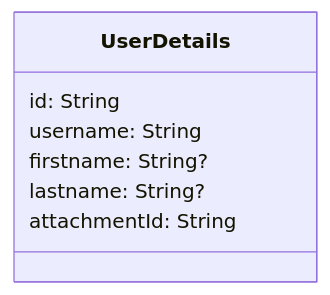
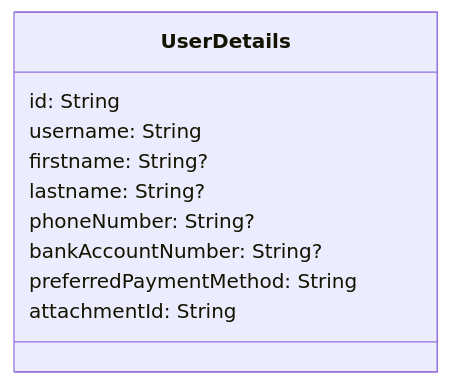
Before and after one commit to Group-Expense-Manager/gem-docs: the fourth of 20 diagrams in docs/contracts.md, drawn with Mermaid. The commit also changed other lines of this file and 1 other file, not shown here.

Commit message:
updated flow diagrams & database classes

````diff
--- a/docs/contracts.md
+++ b/docs/contracts.md
@@ -187,12 +192,15 @@
 ```mermaid
 classDiagram
 
 class UserDetails {
     id: String
     username: String
     firstname: String?
     lastname: String?
+    phoneNumber: String?
+    bankAccountNumber: String?
+    preferredPaymentMethod: String
     attachmentId: String
 }
 
 ```
````
